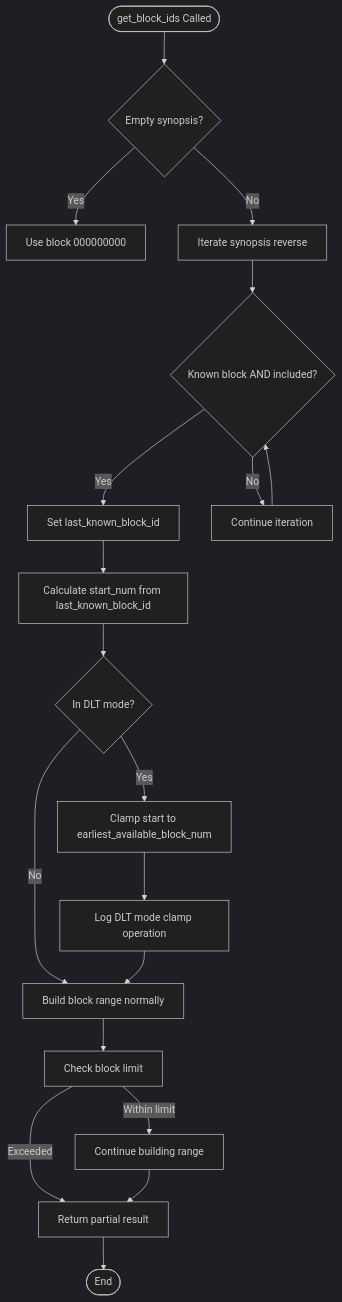
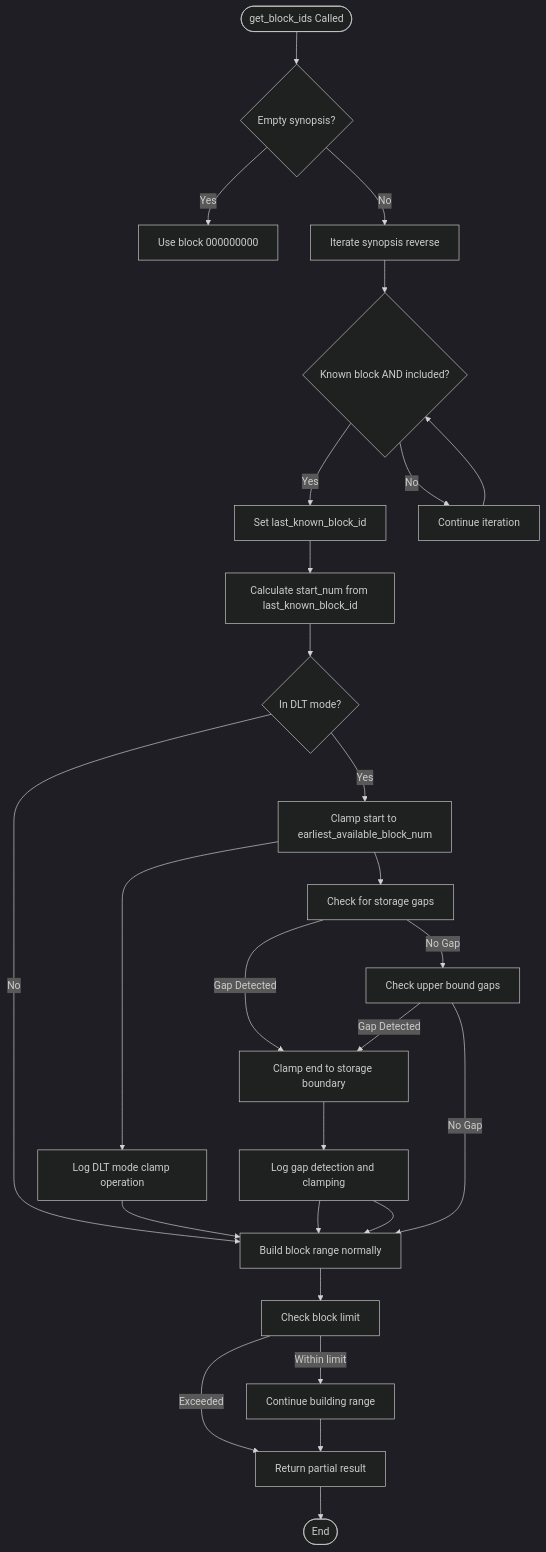
One commit to VIZ-Blockchain/viz-cpp-node changed the eighth of 32 diagrams in .qoder/repowiki/en/content/P2p Plugin.md. Above: the diagram before and after it, drawn with Mermaid (dark theme). The commit also changed other lines of this file and 5 other files, not shown here.

First line of the commit message:
feat(dlt_block_log): add reset method and automatic gap recovery system

````diff
--- a/.qoder/repowiki/en/content/P2p Plugin.md
+++ b/.qoder/repowiki/en/content/P2p Plugin.md
@@ -414,21 +417,29 @@
 ```mermaid
 flowchart TD
 Start([get_block_ids Called]) --> CheckSynopsis{"Empty synopsis?"}
 CheckSynopsis --> |Yes| UseZero["Use block 000000000"]
 CheckSynopsis --> |No| IterateSyn["Iterate synopsis reverse"]
 IterateSyn --> CheckKnown{"Known block AND included?"}
 CheckKnown --> |Yes| FoundBlock["Set last_known_block_id"]
 CheckKnown --> |No| ContinueLoop["Continue iteration"]
 ContinueLoop --> CheckKnown
 FoundBlock --> CalcStart["Calculate start_num from last_known_block_id"]
 CalcStart --> CheckDLT{"In DLT mode?"}
 CheckDLT --> |No| BuildRange["Build block range normally"]
-CheckDLT --> |Yes| ClampRange["Clamp start to earliest_available_block_num"]
-ClampRange --> LogClamp["Log DLT mode clamp operation"]
+CheckDLT --> |Yes| ClampStart["Clamp start to earliest_available_block_num"]
+ClampStart --> LogClamp["Log DLT mode clamp operation"]
+ClampStart --> CheckStorageGaps["Check for storage gaps"]
+CheckStorageGaps --> |Gap Detected| ClampEnd["Clamp end to storage boundary"]
+CheckStorageGaps --> |No Gap| CheckUpperBound["Check upper bound gaps"]
+CheckUpperBound --> |Gap Detected| ClampEnd
+CheckUpperBound --> |No Gap| BuildRange
+ClampEnd --> LogGap["Log gap detection and clamping"]
+LogGap --> BuildRange
 BuildRange --> CheckLimit["Check block limit"]
 CheckLimit --> |Exceeded| ReturnResult["Return partial result"]
 CheckLimit --> |Within limit| ContinueBuild["Continue building range"]
 ContinueBuild --> ReturnResult
 ReturnResult --> End([End])
 LogClamp --> BuildRange
+LogGap --> BuildRange
 ```
````
